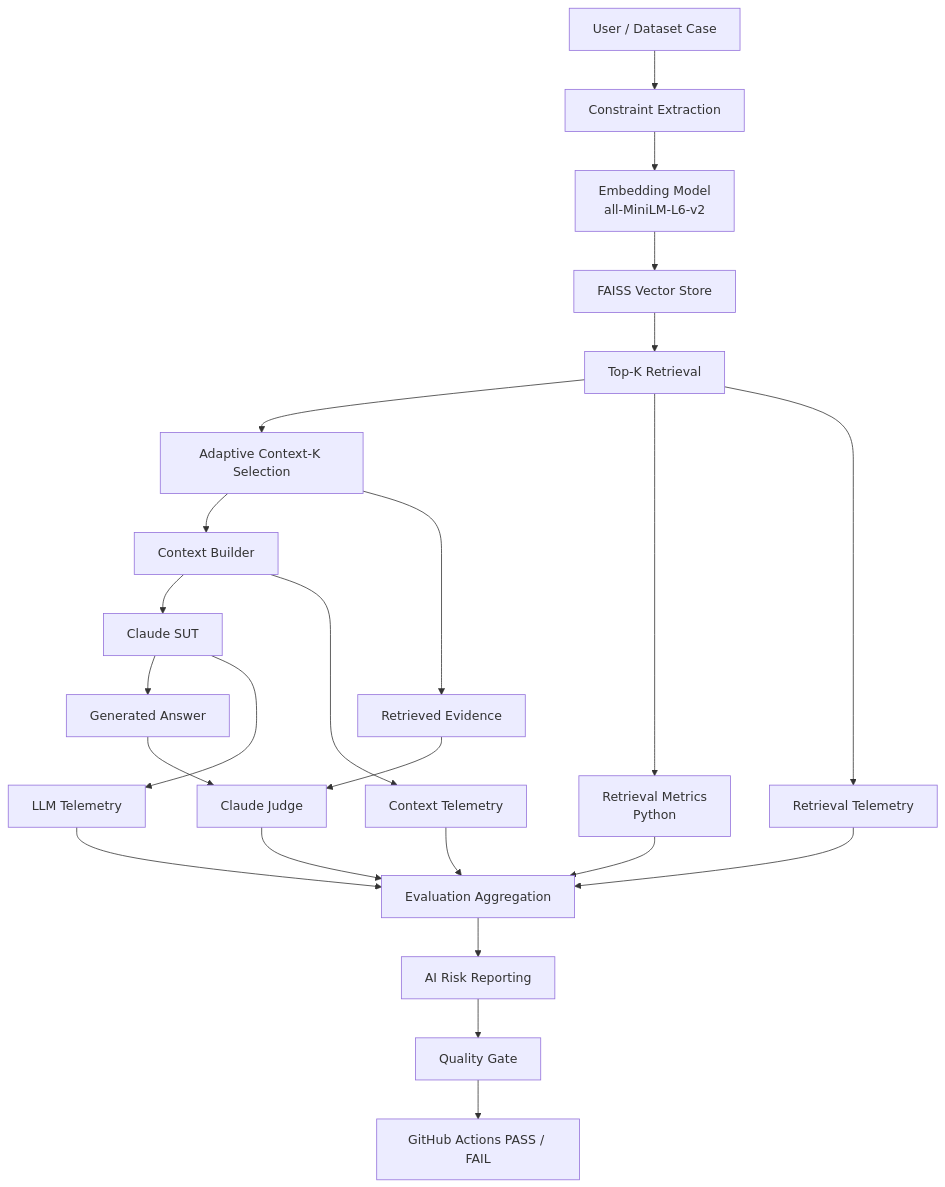
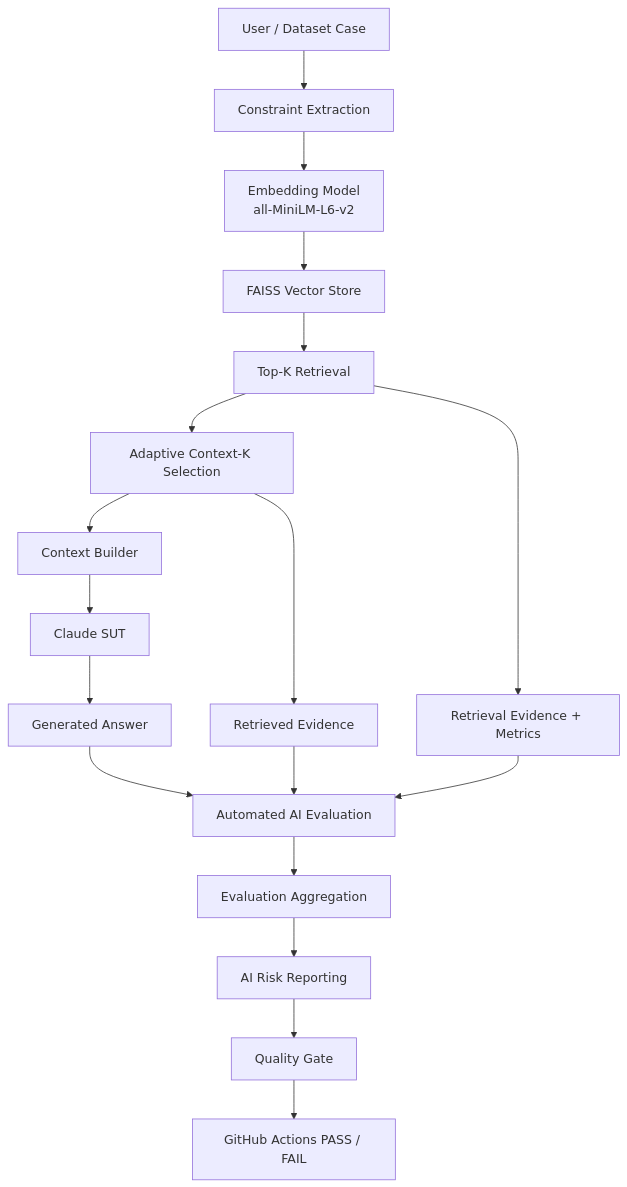
One commit to oleksandrserhieiev-beep/ai-qe-lab changed the first of 7 diagrams in docs/architecture.md. Above: the diagram before and after it, drawn with Mermaid. The commit also changed other lines of this file, not shown here.

````diff
--- a/docs/architecture.md
+++ b/docs/architecture.md
@@ -13,29 +11,22 @@
 ```mermaid
 flowchart TD
     U[User / Dataset Case] --> C[Constraint Extraction]
     C --> E[Embedding Model\nall-MiniLM-L6-v2]
     E --> V[FAISS Vector Store]
     V --> R[Top-K Retrieval]
     R --> AK[Adaptive Context-K Selection]
     AK --> B[Context Builder]
     B --> S[Claude SUT]
     S --> A[Generated Answer]
 
-    R --> RM[Retrieval Metrics\nPython]
+    R --> RM[Retrieval Evidence + Metrics]
     AK --> EV[Retrieved Evidence]
-    EV --> J[Claude Judge]
-    A --> J
+    A --> AE[Automated AI Evaluation]
+    RM --> AE
+    EV --> AE
 
-    RM --> AGG[Evaluation Aggregation]
-    J --> AGG
+    AE --> AGG[Evaluation Aggregation]
     AGG --> RR[AI Risk Reporting]
     RR --> G[Quality Gate]
     G --> CI[GitHub Actions PASS / FAIL]
-
-    R --> RT[Retrieval Telemetry]
-    B --> CT[Context Telemetry]
-    S --> LT[LLM Telemetry]
-    RT --> AGG
-    CT --> AGG
-    LT --> AGG
 ```
````
